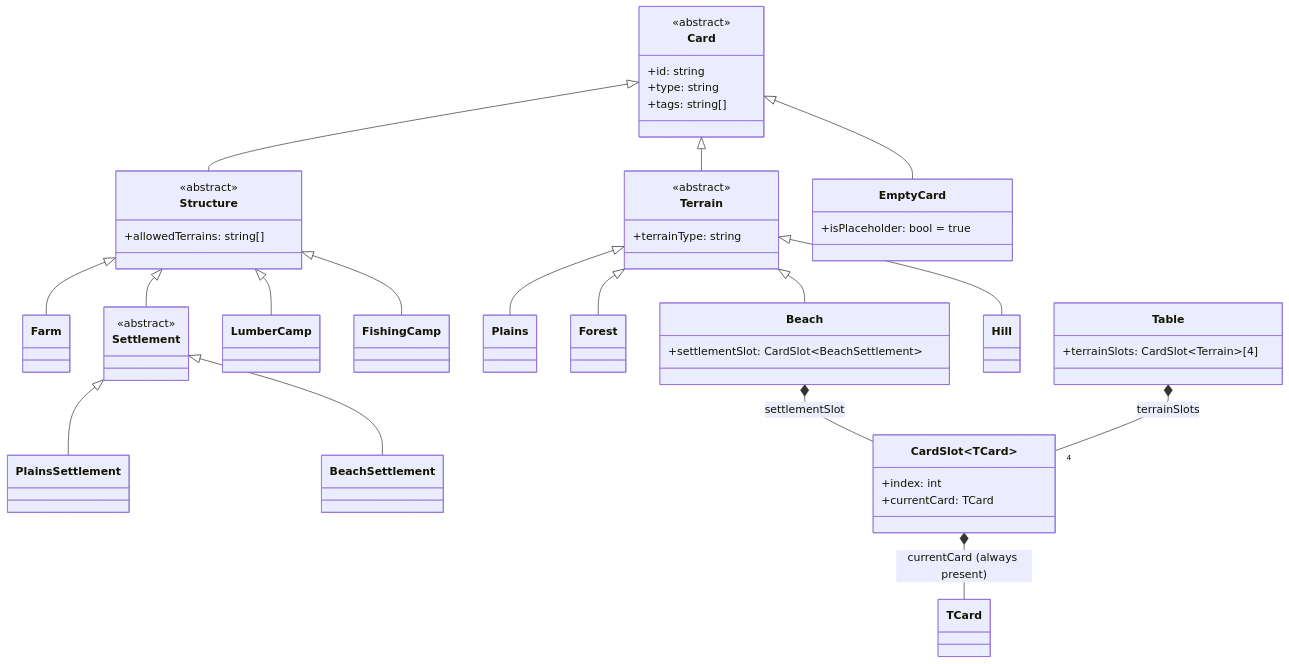
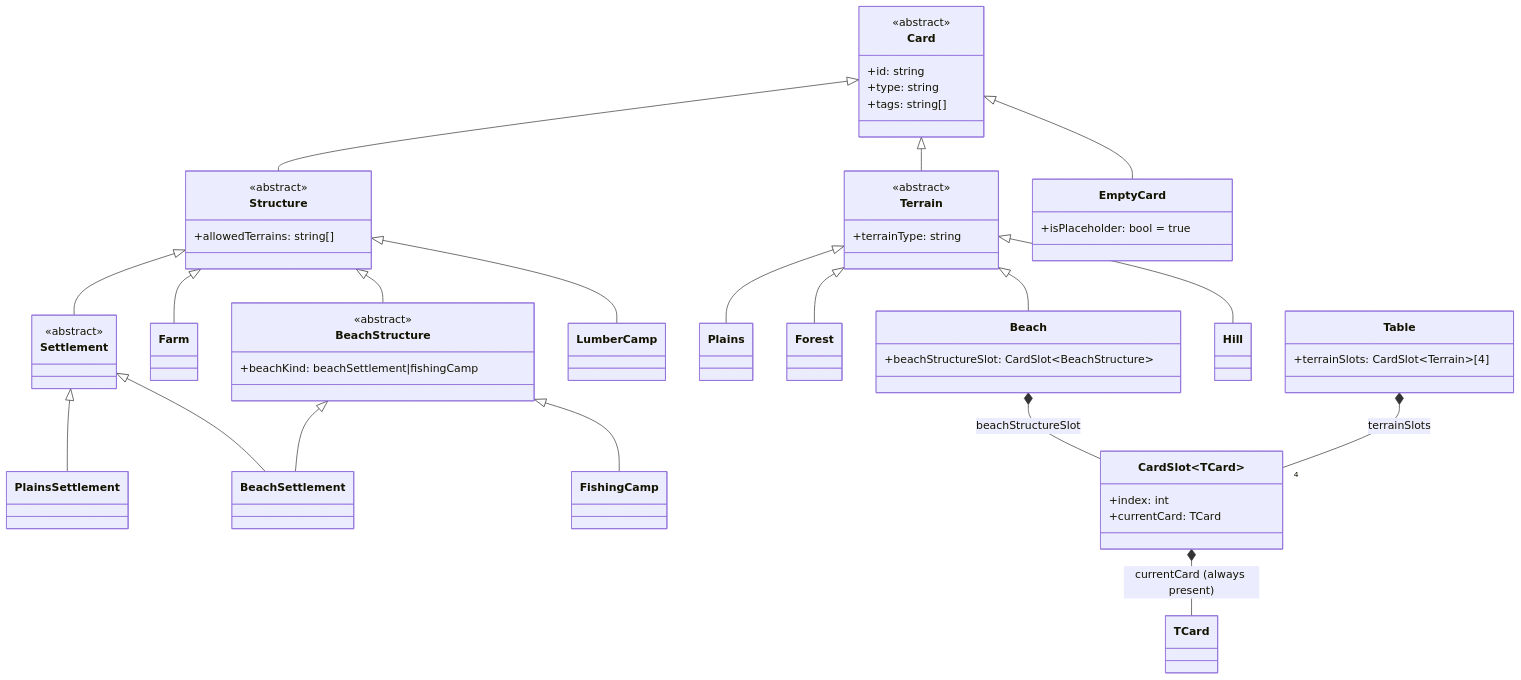
The first of 2 diagrams in StrategyGame/data-structure.md (AJosephsen/gfxer), drawn with Mermaid before and after one commit. The commit also changed other lines of this file, not shown here.

Commit message:
docs: model beach slot as discriminated structure union

````diff
--- a/StrategyGame/data-structure.md
+++ b/StrategyGame/data-structure.md
@@ -17,65 +17,72 @@
 ```mermaid
 classDiagram
     class Card {
         <<abstract>>
         +id: string
         +type: string
         +tags: string[]
     }
 
     class Terrain {
         <<abstract>>
         +terrainType: string
     }
 
     class Structure {
         <<abstract>>
         +allowedTerrains: string[]
     }
 
+    class BeachStructure {
+        <<abstract>>
+        +beachKind: beachSettlement|fishingCamp
+    }
+
     class Farm
     class Settlement {
         <<abstract>>
     }
     class PlainsSettlement
     class BeachSettlement
     class LumberCamp
     class FishingCamp
 
     class Plains
     class Forest
     class Beach {
-        +settlementSlot: CardSlot~BeachSettlement~
+        +beachStructureSlot: CardSlot~BeachStructure~
     }
     class Hill
 
     class EmptyCard {
         +isPlaceholder: bool = true
     }
 
     class CardSlot~TCard~ {
         +index: int
         +currentCard: TCard
     }
 
     class Table {
         +terrainSlots: CardSlot~Terrain~[4]
     }
 
     Card <|-- EmptyCard
     Card <|-- Terrain
     Card <|-- Structure
+    Structure <|-- BeachStructure
     Structure <|-- Farm
     Structure <|-- Settlement
     Settlement <|-- PlainsSettlement
     Settlement <|-- BeachSettlement
     Structure <|-- LumberCamp
-    Structure <|-- FishingCamp
+    BeachStructure <|-- BeachSettlement
+    BeachStructure <|-- FishingCamp
     Terrain <|-- Plains
     Terrain <|-- Forest
     Terrain <|-- Beach
     Terrain <|-- Hill
     CardSlot~TCard~ *-- TCard : currentCard (always present)
-    Beach *-- CardSlot~BeachSettlement~ : settlementSlot
+    Beach *-- CardSlot~BeachStructure~ : beachStructureSlot
     Table *-- "4" CardSlot~Terrain~ : terrainSlots
 ```
````
